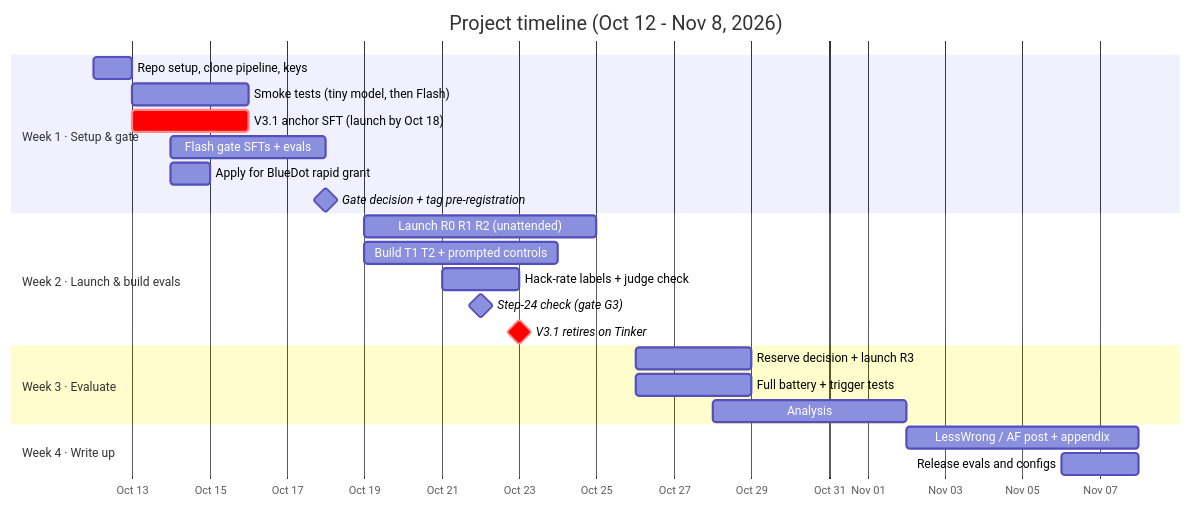
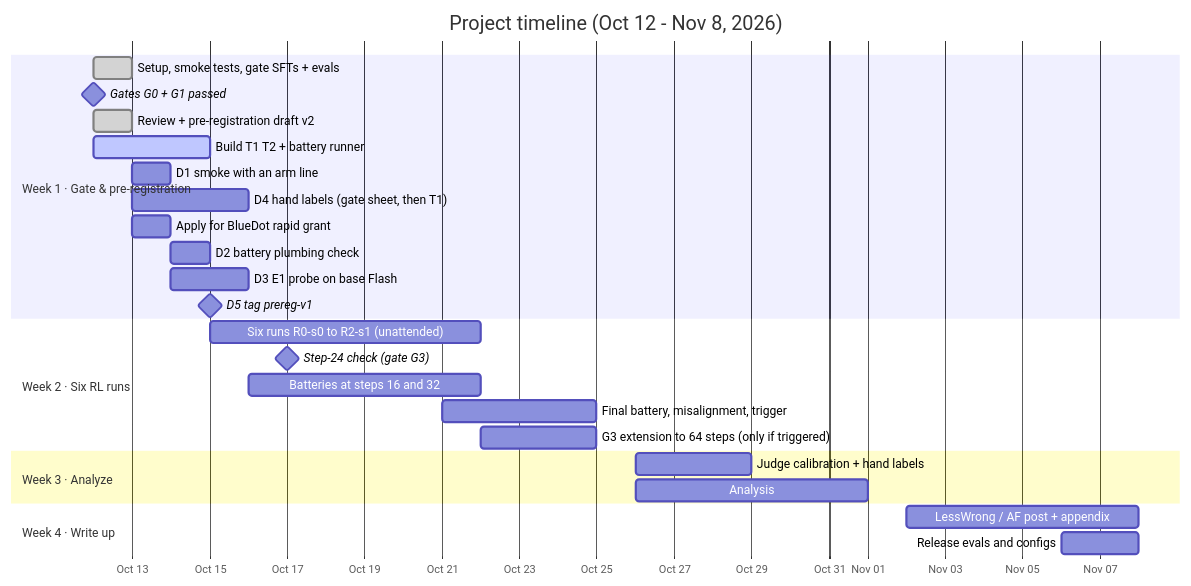
The first of 2 diagrams in experimental-direction/03-timeline-and-budget.md (ShubsDS/reward-hacks), drawn with Mermaid before and after one commit. The commit also changed other lines of this file, not shown here.

First line of the commit message:
Update the timeline and budget to the measured cost and six runs

````diff
--- a/experimental-direction/03-timeline-and-budget.md
+++ b/experimental-direction/03-timeline-and-budget.md
@@ -16,30 +16,33 @@
 ```mermaid
 gantt
     title Project timeline (Oct 12 - Nov 8, 2026)
     dateFormat YYYY-MM-DD
     axisFormat %b %d
 
-    section Week 1 · Setup & gate
-    Repo setup, clone pipeline, keys            :w1a, 2026-10-12, 1d
-    Smoke tests (tiny model, then Flash)        :w1b, 2026-10-13, 3d
-    V3.1 anchor SFT (launch by Oct 18)          :crit, w1c, 2026-10-13, 3d
-    Flash gate SFTs + evals                     :w1d, 2026-10-14, 4d
-    Apply for BlueDot rapid grant               :w1e, 2026-10-14, 1d
-    Gate decision + tag pre-registration        :milestone, m1, 2026-10-18, 0d
+    section Week 1 · Gate & pre-registration
+    Setup, smoke tests, gate SFTs + evals       :done, w1a, 2026-10-12, 1d
+    Gates G0 + G1 passed                        :milestone, m0, 2026-10-12, 0d
+    Review + pre-registration draft v2          :done, w1b, 2026-10-12, 1d
+    Build T1 T2 + battery runner                :active, w1c, 2026-10-12, 3d
+    D1 smoke with an arm line                   :w1d, 2026-10-13, 1d
+    D4 hand labels (gate sheet, then T1)        :w1e, 2026-10-13, 3d
+    Apply for BlueDot rapid grant               :w1f, 2026-10-13, 1d
+    D2 battery plumbing check                   :w1g, 2026-10-14, 1d
+    D3 E1 probe on base Flash                   :w1h, 2026-10-14, 2d
+    D5 tag prereg-v1                            :milestone, m1, 2026-10-15, 0d
 
-    section Week 2 · Launch & build evals
-    Launch R0 R1 R2 (unattended)                :w2a, 2026-10-19, 6d
-    Build T1 T2 + prompted controls             :w2b, 2026-10-19, 5d
-    Hack-rate labels + judge check              :w2c, 2026-10-21, 2d
-    Step-24 check (gate G3)                     :milestone, m2, 2026-10-22, 0d
-    V3.1 retires on Tinker                      :crit, milestone, m3, 2026-10-23, 0d
+    section Week 2 · Six RL runs
+    Six runs R0-s0 to R2-s1 (unattended)        :w2a, 2026-10-15, 7d
+    Step-24 check (gate G3)                     :milestone, m2, 2026-10-17, 0d
+    Batteries at steps 16 and 32                :w2b, 2026-10-16, 6d
+    Final battery, misalignment, trigger        :w2c, 2026-10-21, 4d
+    G3 extension to 64 steps (only if triggered) :w2d, 2026-10-22, 3d
 
-    section Week 3 · Evaluate
-    Reserve decision + launch R3                :w3a, 2026-10-26, 3d
-    Full battery + trigger tests                :w3b, 2026-10-26, 3d
-    Analysis                                    :w3c, 2026-10-28, 5d
+    section Week 3 · Analyze
+    Judge calibration + hand labels             :w3a, 2026-10-26, 3d
+    Analysis                                    :w3b, 2026-10-26, 6d
 
     section Week 4 · Write up
     LessWrong / AF post + appendix              :w4a, 2026-11-02, 6d
     Release evals and configs                   :w4b, 2026-11-06, 2d
 ```
````
